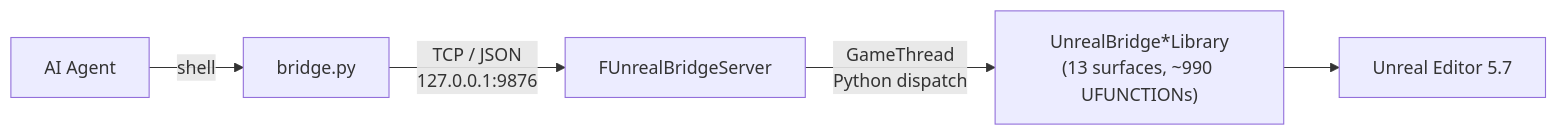
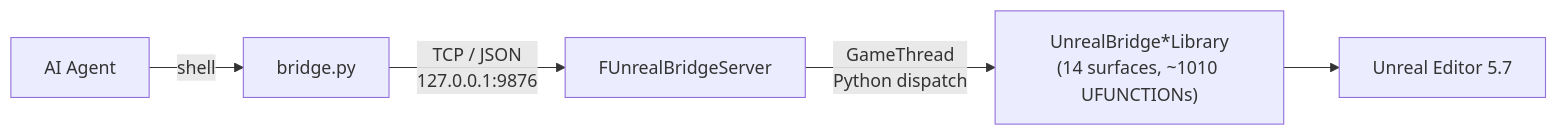
Before and after one commit to TornLux/UnrealBridge: the diagram in README.md, drawn with Mermaid. The commit also changed other lines of this file and 4 other files, not shown here.

First line of the commit message:
feat(curve): UnrealBridgeCurveLibrary — curve + curve-table read/write (D2)

````diff
--- a/README.md
+++ b/README.md
@@ -31,13 +31,13 @@
 ```mermaid
 flowchart LR
     Agent["AI Agent"]
     CLI["bridge.py"]
     Server["FUnrealBridgeServer"]
-    Libs["UnrealBridge*Library<br/>(13 surfaces, ~990 UFUNCTIONs)"]
+    Libs["UnrealBridge*Library<br/>(14 surfaces, ~1010 UFUNCTIONs)"]
     UE["Unreal Editor 5.7"]
 
     Agent -- "shell" --> CLI
     CLI -- "TCP / JSON<br/>127.0.0.1:9876" --> Server
     Server -- "GameThread<br/>Python dispatch" --> Libs
     Libs --> UE
 ```
````
